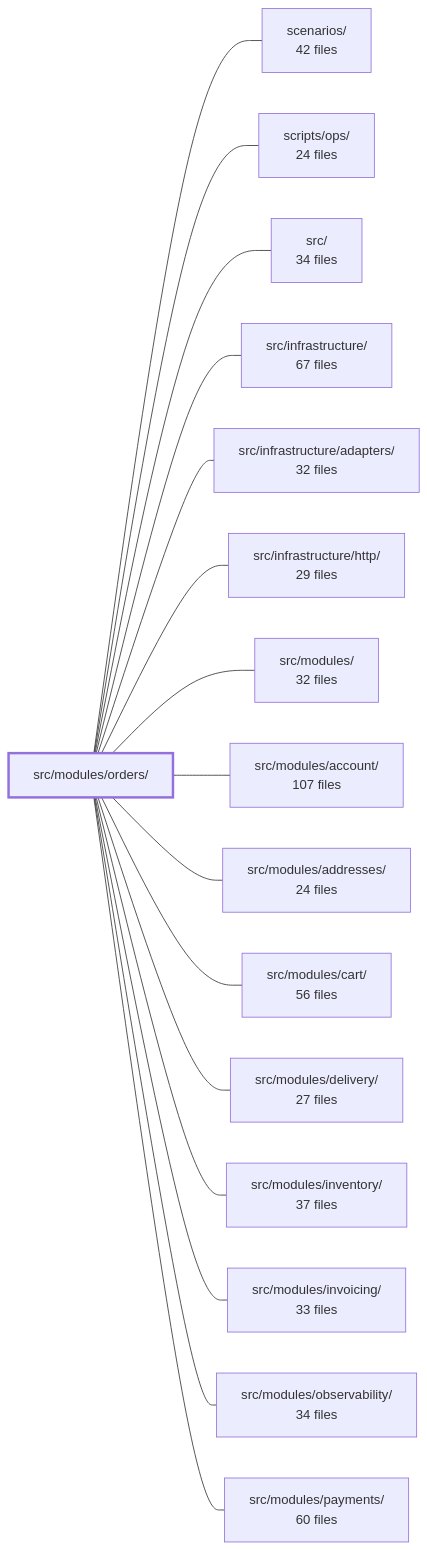
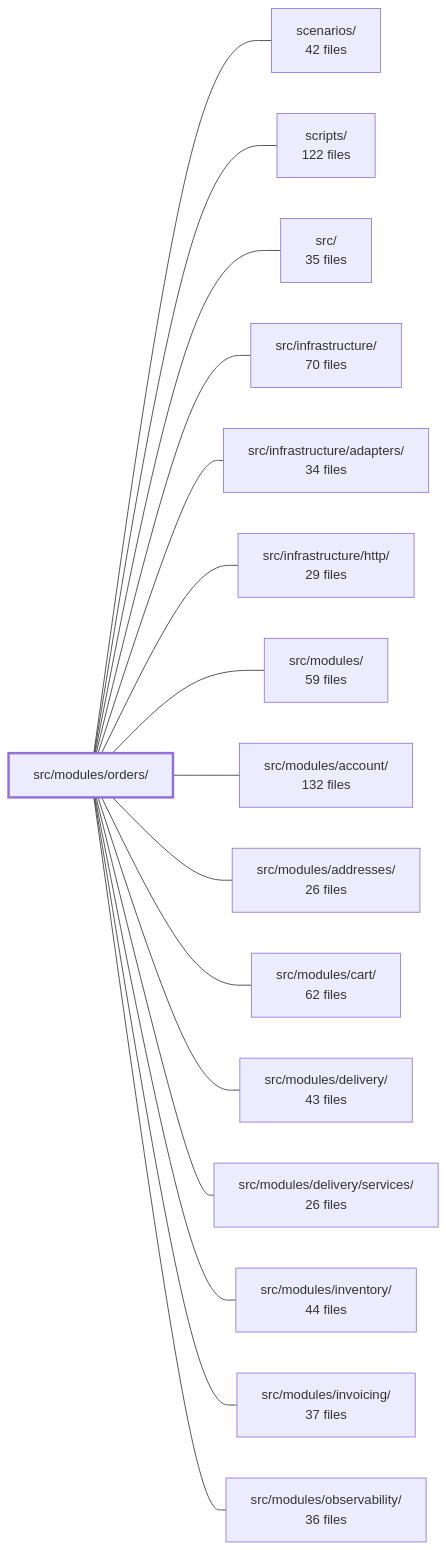
Before and after one commit to Guebbit/boilerplate-node-backend: the diagram in .2brain/modules/boilerplate-node-backend_src_modules_orders.md, drawn with Mermaid. The commit also changed other lines of this file and 627 other files, not shown here.

````diff
--- a/.2brain/modules/boilerplate-node-backend_src_modules_orders.md
+++ b/.2brain/modules/boilerplate-node-backend_src_modules_orders.md
@@ -47,35 +51,35 @@
 ```mermaid
 flowchart LR
     m_src_modules_orders["src/modules/orders/"]
     m_scenarios["scenarios/<br/>42 files"]
-    m_scripts_ops["scripts/ops/<br/>24 files"]
-    m_src["src/<br/>34 files"]
-    m_src_infrastructure["src/infrastructure/<br/>67 files"]
-    m_src_infrastructure_adapters["src/infrastructure/adapters/<br/>32 files"]
+    m_scripts["scripts/<br/>122 files"]
+    m_src["src/<br/>35 files"]
+    m_src_infrastructure["src/infrastructure/<br/>70 files"]
+    m_src_infrastructure_adapters["src/infrastructure/adapters/<br/>34 files"]
     m_src_infrastructure_http["src/infrastructure/http/<br/>29 files"]
-    m_src_modules["src/modules/<br/>32 files"]
-    m_src_modules_account["src/modules/account/<br/>107 files"]
-    m_src_modules_addresses["src/modules/addresses/<br/>24 files"]
-    m_src_modules_cart["src/modules/cart/<br/>56 files"]
-    m_src_modules_delivery["src/modules/delivery/<br/>27 files"]
-    m_src_modules_inventory["src/modules/inventory/<br/>37 files"]
-    m_src_modules_invoicing["src/modules/invoicing/<br/>33 files"]
-    m_src_modules_observability["src/modules/observability/<br/>34 files"]
-    m_src_modules_payments["src/modules/payments/<br/>60 files"]
+    m_src_modules["src/modules/<br/>59 files"]
+    m_src_modules_account["src/modules/account/<br/>132 files"]
+    m_src_modules_addresses["src/modules/addresses/<br/>26 files"]
+    m_src_modules_cart["src/modules/cart/<br/>62 files"]
+    m_src_modules_delivery["src/modules/delivery/<br/>43 files"]
+    m_src_modules_delivery_services["src/modules/delivery/services/<br/>26 files"]
+    m_src_modules_inventory["src/modules/inventory/<br/>44 files"]
+    m_src_modules_invoicing["src/modules/invoicing/<br/>37 files"]
+    m_src_modules_observability["src/modules/observability/<br/>36 files"]
     m_src_modules_orders --- m_scenarios
-    m_src_modules_orders --- m_scripts_ops
+    m_src_modules_orders --- m_scripts
     m_src_modules_orders --- m_src
     m_src_modules_orders --- m_src_infrastructure
     m_src_modules_orders --- m_src_infrastructure_adapters
     m_src_modules_orders --- m_src_infrastructure_http
     m_src_modules_orders --- m_src_modules
     m_src_modules_orders --- m_src_modules_account
     m_src_modules_orders --- m_src_modules_addresses
     m_src_modules_orders --- m_src_modules_cart
     m_src_modules_orders --- m_src_modules_delivery
+    m_src_modules_orders --- m_src_modules_delivery_services
     m_src_modules_orders --- m_src_modules_inventory
     m_src_modules_orders --- m_src_modules_invoicing
     m_src_modules_orders --- m_src_modules_observability
-    m_src_modules_orders --- m_src_modules_payments
     style m_src_modules_orders stroke-width:3px
 ```
````
